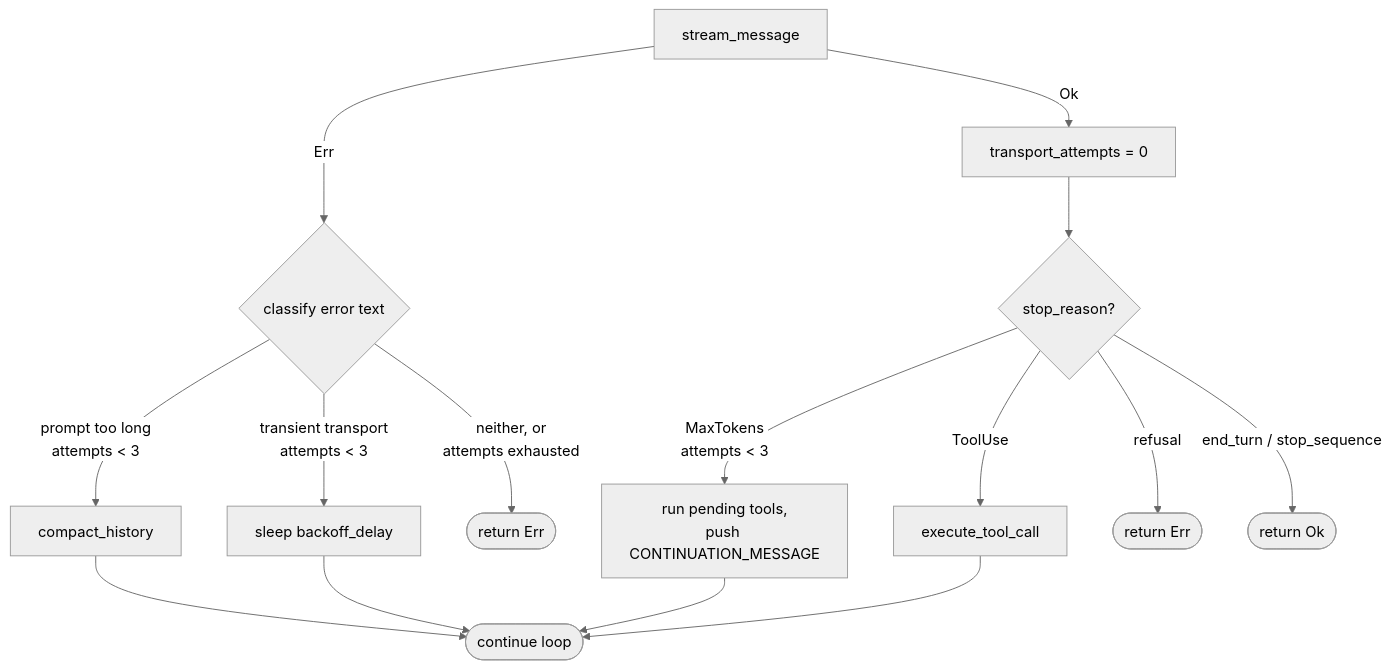
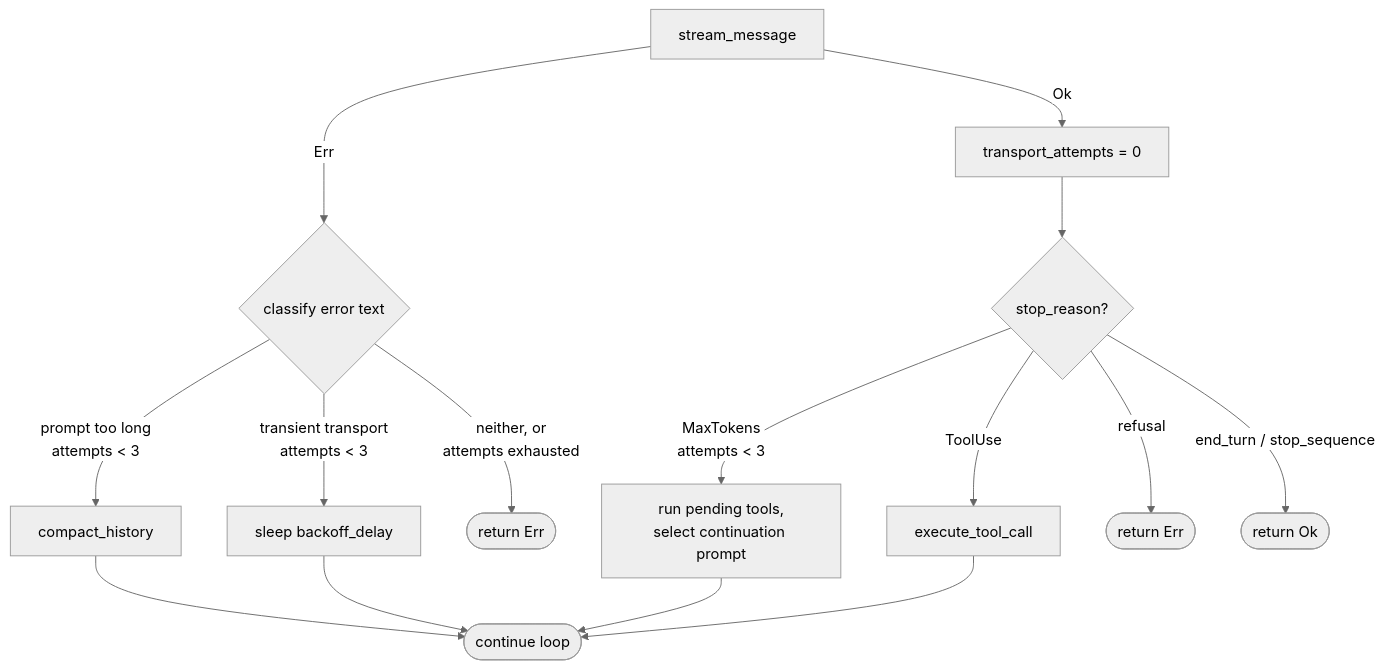
Before and after one commit to rust-infra/tact: the diagram in book/06_chapter_recovery.md, drawn with Mermaid (neutral theme). The commit also changed other lines of this file and 126 other files, not shown here.

````diff
--- a/book/06_chapter_recovery.md
+++ b/book/06_chapter_recovery.md
@@ -99,21 +99,21 @@
 ```mermaid
 flowchart TB
     Send[stream_message] -->|Ok| Reset[transport_attempts = 0]
     Send -->|Err| Classify{classify error text}
 
     Classify -->|prompt too long<br/>attempts < 3| Compact[compact_history]
     Compact --> Retry([continue loop])
 
     Classify -->|transient transport<br/>attempts < 3| Sleep[sleep backoff_delay]
     Sleep --> Retry
 
     Classify -->|neither, or<br/>attempts exhausted| Fail([return Err])
 
     Reset --> Stop{stop_reason?}
-    Stop -->|MaxTokens<br/>attempts < 3| Cont[run pending tools,<br/>push CONTINUATION_MESSAGE]
+    Stop -->|MaxTokens<br/>attempts < 3| Cont[run pending tools,<br/>select continuation prompt]
     Cont --> Retry
     Stop -->|ToolUse| Tools[execute_tool_call]
     Tools --> Retry
     Stop -->|refusal| Refuse([return Err])
     Stop -->|end_turn / stop_sequence| Done([return Ok])
 ```
````
